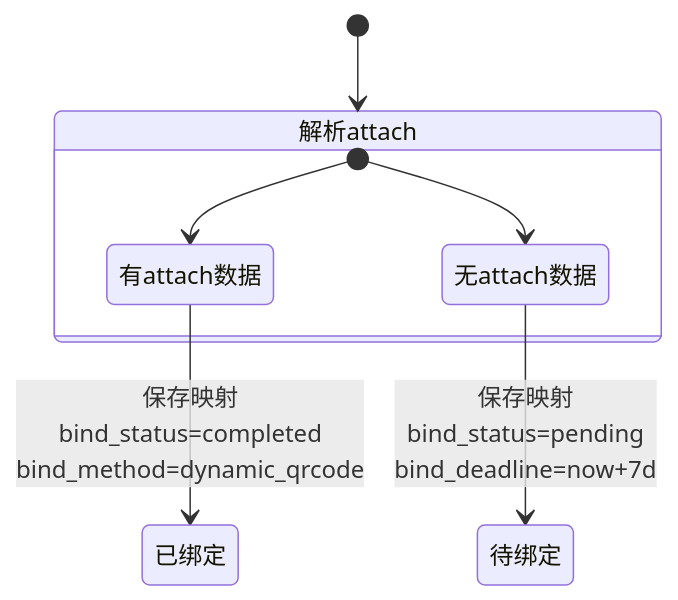
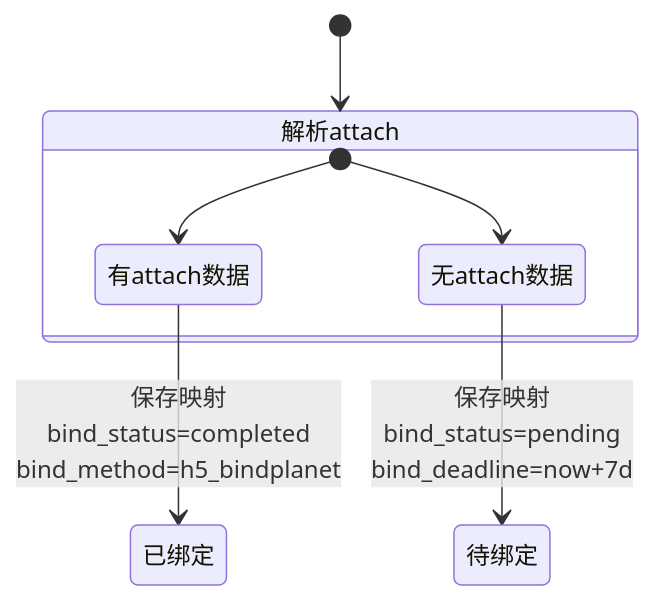
The fourth of 12 diagrams in docs/v1/diagrams/状态机.md (yiancode/AutoDepositRefundAgent), drawn with Mermaid before and after one commit. The commit also changed other lines of this file and 9 other files, not shown here.

````diff
--- a/docs/v1/diagrams/状态机.md
+++ b/docs/v1/diagrams/状态机.md
@@ -100,13 +100,13 @@
 ```mermaid
 stateDiagram-v2
     [*] --> 解析attach
 
     state 解析attach {
         [*] --> 有attach数据
         [*] --> 无attach数据
     }
 
-    有attach数据 --> 已绑定: 保存映射<br/>bind_status=completed<br/>bind_method=dynamic_qrcode
+    有attach数据 --> 已绑定: 保存映射<br/>bind_status=completed<br/>bind_method=h5_bindplanet
 
     无attach数据 --> 待绑定: 保存映射<br/>bind_status=pending<br/>bind_deadline=now+7d
 ```
````
